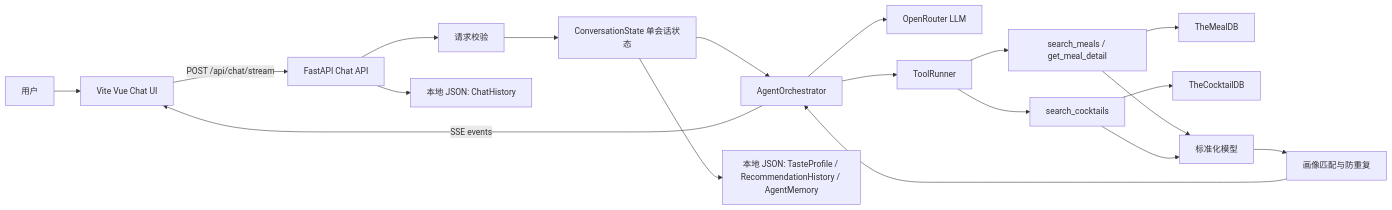
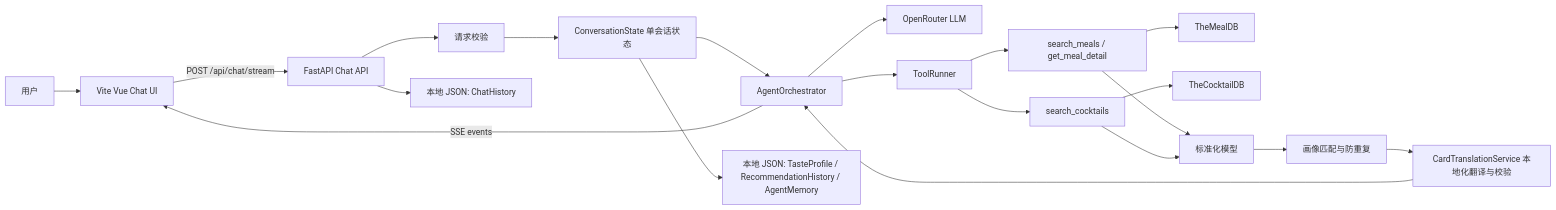
The diagram in 智能食谱助手技术设计.md (Bisezhoo/no_starving), drawn with Mermaid before and after one commit. The commit also changed other lines of this file and 54 other files, not shown here.

````diff
--- a/智能食谱助手技术设计.md
+++ b/智能食谱助手技术设计.md
@@ -48,21 +49,22 @@
 ```mermaid
 flowchart LR
   User["用户"] --> UI["Vite Vue Chat UI"]
   UI -->|POST /api/chat/stream| API["FastAPI Chat API"]
   API --> Validator["请求校验"]
   Validator --> State["ConversationState 单会话状态"]
   State --> Agent["AgentOrchestrator"]
   Agent --> OpenRouter["OpenRouter LLM"]
   Agent --> ToolRunner["ToolRunner"]
   ToolRunner --> MealTool["search_meals / get_meal_detail"]
   ToolRunner --> CocktailTool["search_cocktails"]
   MealTool --> MealDB["TheMealDB"]
   CocktailTool --> CocktailDB["TheCocktailDB"]
   MealTool --> Normalize["标准化模型"]
   CocktailTool --> Normalize
   Normalize --> Recommend["画像匹配与防重复"]
-  Recommend --> Agent
+  Recommend --> Translate["CardTranslationService 本地化翻译与校验"]
+  Translate --> Agent
   Agent -->|SSE events| UI
   State --> Store["本地 JSON: TasteProfile / RecommendationHistory / AgentMemory"]
   API --> History["本地 JSON: ChatHistory"]
 ```
````
